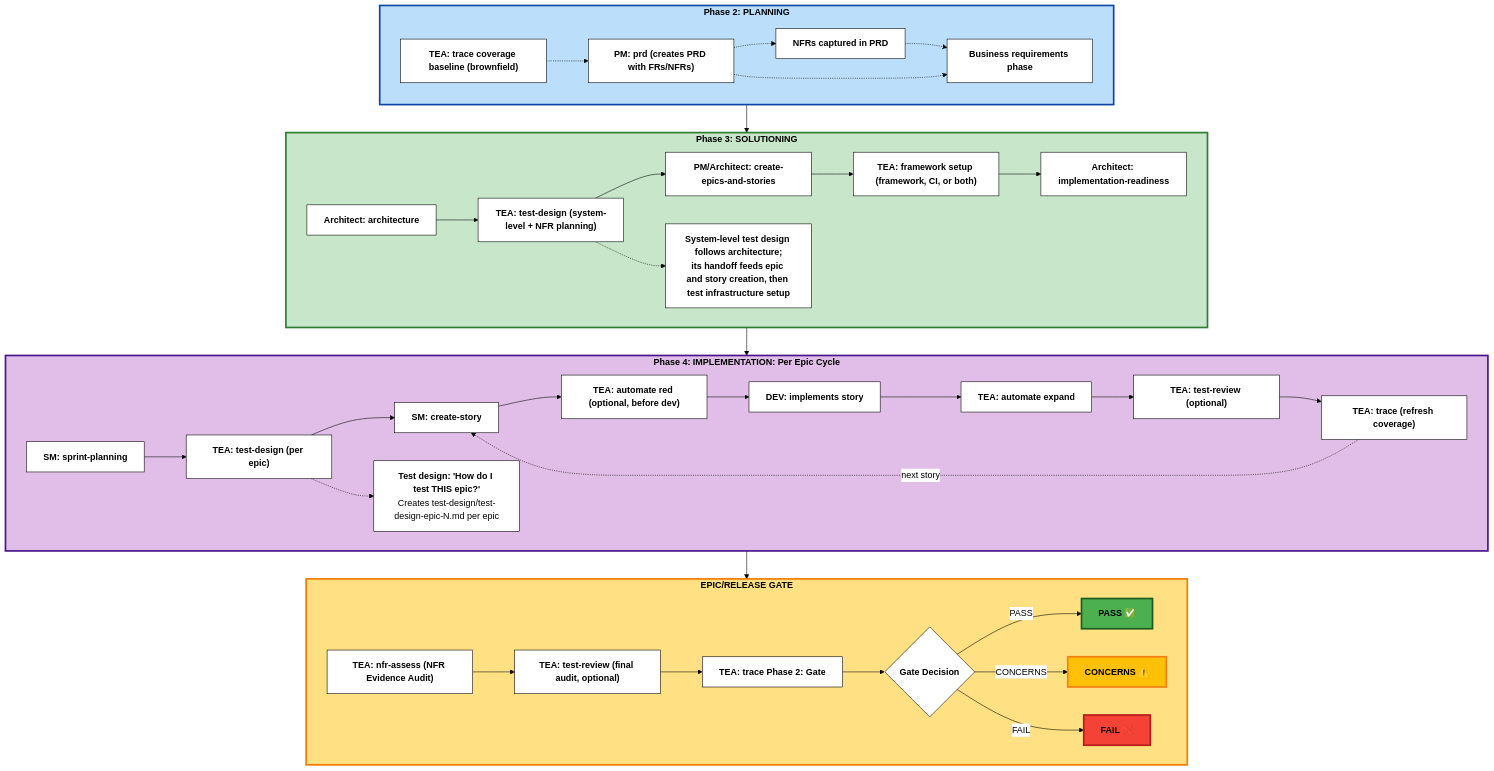
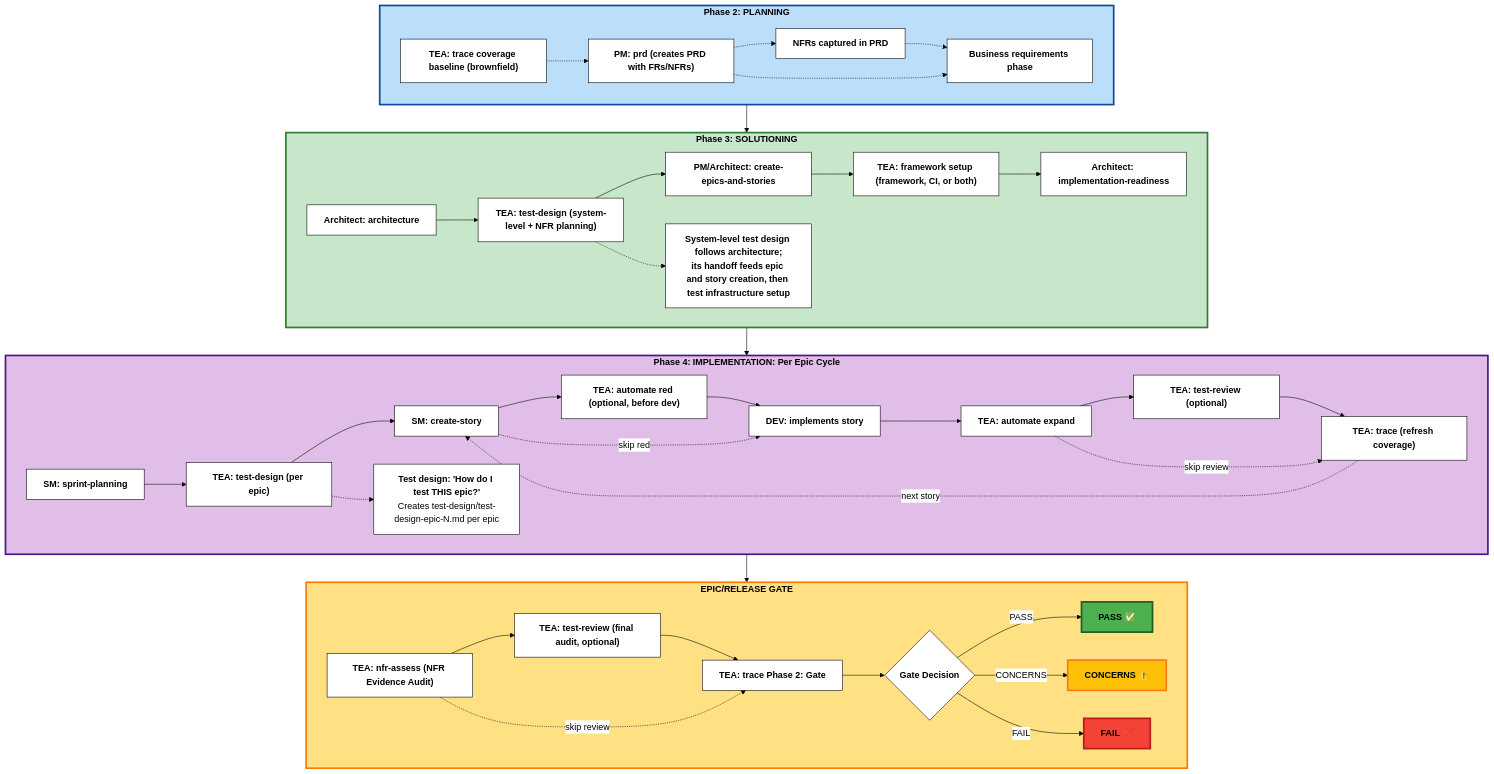
The diagram in docs/explanation/tea-overview.md (bmad-code-org/bmad-method-test-architecture-enterprise), drawn with Mermaid before and after one commit. The commit also changed other lines of this file and 3 other files, not shown here.

First line of the commit message:
docs: order the Evaluate guides and the CLI reference for reading, and match the overview diagram to real prerequisites

````diff
--- a/docs/explanation/tea-overview.md
+++ b/docs/explanation/tea-overview.md
@@ -75,76 +75,79 @@
 ```mermaid
 %%{init: {'theme':'base', 'themeVariables': { 'primaryColor':'#fff','primaryTextColor':'#000','primaryBorderColor':'#000','lineColor':'#000','secondaryColor':'#fff','tertiaryColor':'#fff','fontSize':'16px','fontFamily':'arial'}}}%%
 graph TB
     subgraph Phase2["<b>Phase 2: PLANNING</b>"]
         TraceBaseline["<b>TEA: trace coverage baseline (brownfield)</b>"]
         PM["<b>PM: prd (creates PRD with FRs/NFRs)</b>"]
         TraceBaseline -.-> PM
         PlanNote["<b>Business requirements phase</b>"]
         PrdNfr["<b>NFRs captured in PRD</b>"]
         PM -.-> PrdNfr
         PrdNfr -.-> PlanNote
         PM -.-> PlanNote
     end
 
     subgraph Phase3["<b>Phase 3: SOLUTIONING</b>"]
         Architecture["<b>Architect: architecture</b>"]
         EpicsStories["<b>PM/Architect: create-epics-and-stories</b>"]
         TestDesignSys["<b>TEA: test-design (system-level + NFR planning)</b>"]
         Framework["<b>TEA: framework setup (framework, CI, or both)</b>"]
         GateCheck["<b>Architect: implementation-readiness</b>"]
         Architecture --> TestDesignSys
         TestDesignSys --> EpicsStories
         EpicsStories --> Framework
         Framework --> GateCheck
         Phase3Note["<b>System-level test design follows architecture;</b><br/><b>its handoff feeds epic and story creation, then test infrastructure setup</b>"]
         TestDesignSys -.-> Phase3Note
     end
 
     subgraph Phase4["<b>Phase 4: IMPLEMENTATION: Per Epic Cycle</b>"]
         SprintPlan["<b>SM: sprint-planning</b>"]
         TestDesign["<b>TEA: test-design (per epic)</b>"]
         CreateStory["<b>SM: create-story</b>"]
         ATDD["<b>TEA: automate red (optional, before dev)</b>"]
         DevImpl["<b>DEV: implements story</b>"]
         Automate["<b>TEA: automate expand</b>"]
         TestReview1["<b>TEA: test-review (optional)</b>"]
         Trace1["<b>TEA: trace (refresh coverage)</b>"]
 
         SprintPlan --> TestDesign
         TestDesign --> CreateStory
         CreateStory --> ATDD
         ATDD --> DevImpl
+        CreateStory -.->|skip red| DevImpl
         DevImpl --> Automate
         Automate --> TestReview1
         TestReview1 --> Trace1
+        Automate -.->|skip review| Trace1
         Trace1 -.->|next story| CreateStory
         TestDesignNote["<b>Test design: 'How do I test THIS epic?'</b><br/>Creates test-design/test-design-epic-N.md per epic"]
         TestDesign -.-> TestDesignNote
     end
 
     subgraph Gate["<b>EPIC/RELEASE GATE</b>"]
         NFR["<b>TEA: nfr-assess (NFR Evidence Audit)</b>"]
         TestReview2["<b>TEA: test-review (final audit, optional)</b>"]
         TraceGate["<b>TEA: trace Phase 2: Gate</b>"]
         GateDecision{"<b>Gate Decision</b>"}
 
         NFR --> TestReview2
         TestReview2 --> TraceGate
+        NFR -.->|skip review| TraceGate
         TraceGate --> GateDecision
         GateDecision -->|PASS| Pass["<b>PASS ✅</b>"]
         GateDecision -->|CONCERNS| Concerns["<b>CONCERNS ⚠️</b>"]
         GateDecision -->|FAIL| Fail["<b>FAIL ❌</b>"]
     end
 
     Phase2 --> Phase3
     Phase3 --> Phase4
     Phase4 --> Gate
 
     style Phase2 fill:#bbdefb,stroke:#0d47a1,stroke-width:3px,color:#000
     style Phase3 fill:#c8e6c9,stroke:#2e7d32,stroke-width:3px,color:#000
     style Phase4 fill:#e1bee7,stroke:#4a148c,stroke-width:3px,color:#000
     style Gate fill:#ffe082,stroke:#f57c00,stroke-width:3px,color:#000
     style Pass fill:#4caf50,stroke:#1b5e20,stroke-width:3px,color:#000
     style Concerns fill:#ffc107,stroke:#f57f17,stroke-width:3px,color:#000
     style Fail fill:#f44336,stroke:#b71c1c,stroke-width:3px,color:#000
 ```
````
